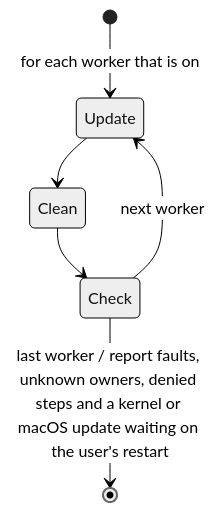
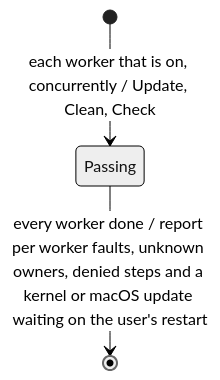
Before and after one commit to MP281X/deslop: the first of 5 diagrams in .claude/skills/environment/references/maintenance.md, drawn with Mermaid (neutral theme). The commit also changed other lines of this file and 8 other files, not shown here.

````diff
--- a/.claude/skills/environment/references/maintenance.md
+++ b/.claude/skills/environment/references/maintenance.md
@@ -5,8 +5,5 @@
 ```mermaid
 stateDiagram-v2
-    [*] --> Update : for each worker that is on
-    Update --> Clean
-    Clean --> Check
-    Check --> Update : next worker
-    Check --> [*] : last worker / report faults, unknown owners, denied steps and a kernel or macOS update waiting on the user's restart
+    [*] --> Passing : each worker that is on, concurrently / Update, Clean, Check
+    Passing --> [*] : every worker done / report per worker faults, unknown owners, denied steps and a kernel or macOS update waiting on the user's restart
 ```
````
